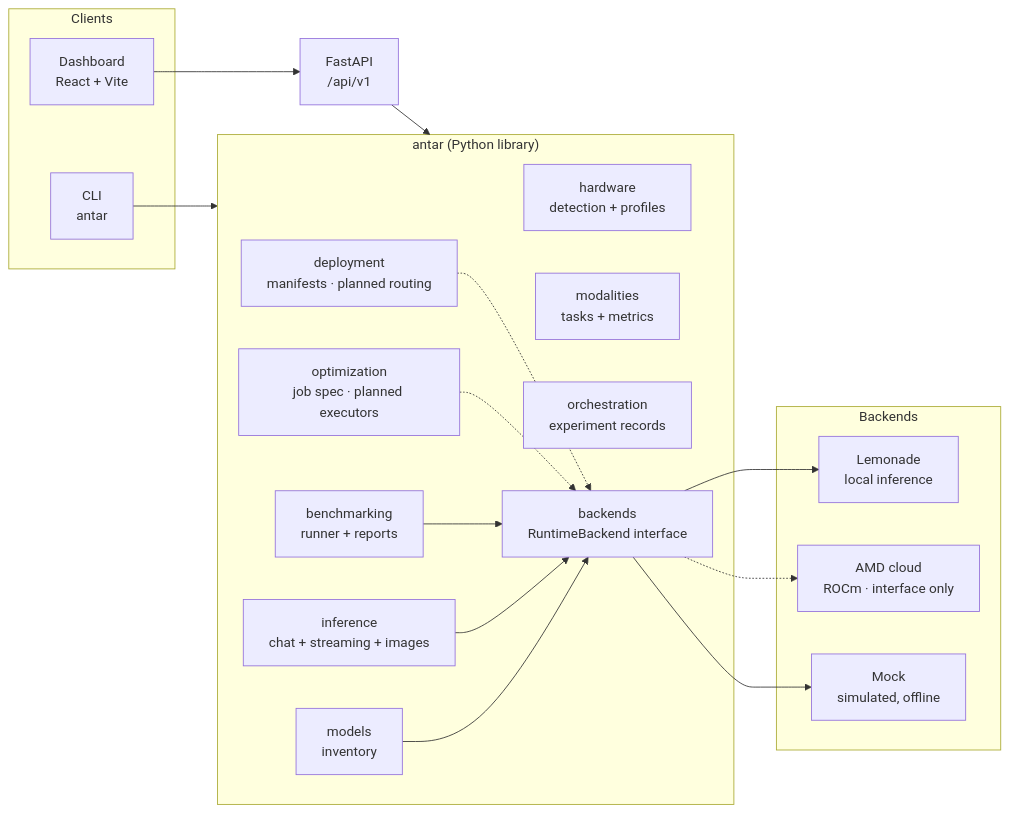
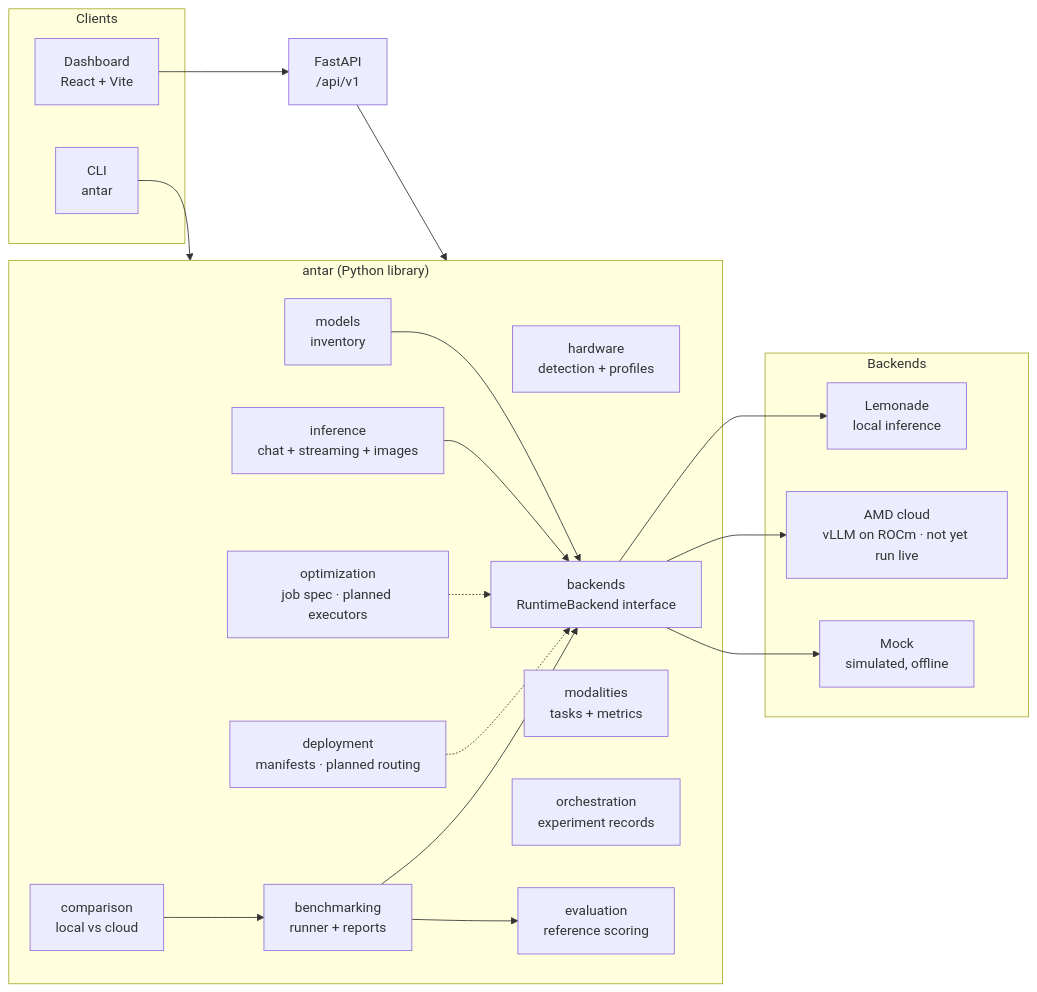
One commit to ashutoshjoshi1/Antar changed the diagram in README.md. Above: the diagram before and after it, drawn with Mermaid. The commit also changed other lines of this file and 135 other files, not shown here.

````diff
--- a/README.md
+++ b/README.md
@@ -38,39 +39,43 @@
 ```mermaid
 flowchart LR
     subgraph Clients
         WEB["Dashboard<br/>React + Vite"]
         CLI["CLI<br/>antar"]
     end
 
     API["FastAPI<br/>/api/v1"]
 
     subgraph Core["antar (Python library)"]
         HW["hardware<br/>detection + profiles"]
         INV["models<br/>inventory"]
         INF["inference<br/>chat + streaming + images"]
         BEN["benchmarking<br/>runner + reports"]
+        CMP["comparison<br/>local vs cloud"]
+        EVA["evaluation<br/>reference scoring"]
         CAT["modalities<br/>tasks + metrics"]
         OPT["optimization<br/>job spec · planned executors"]
         EXP["orchestration<br/>experiment records"]
         DEP["deployment<br/>manifests · planned routing"]
         REG["backends<br/>RuntimeBackend interface"]
     end
 
     subgraph Backends
         LEM["Lemonade<br/>local inference"]
-        AMD["AMD cloud<br/>ROCm · interface only"]
+        AMD["AMD cloud<br/>vLLM on ROCm · not yet run live"]
         MOCK["Mock<br/>simulated, offline"]
     end
 
     WEB --> API
     CLI --> Core
     API --> Core
     INV --> REG
     INF --> REG
     BEN --> REG
+    BEN --> EVA
+    CMP --> BEN
     OPT -.-> REG
     DEP -.-> REG
     REG --> LEM
-    REG -.-> AMD
+    REG --> AMD
     REG --> MOCK
 ```
````
